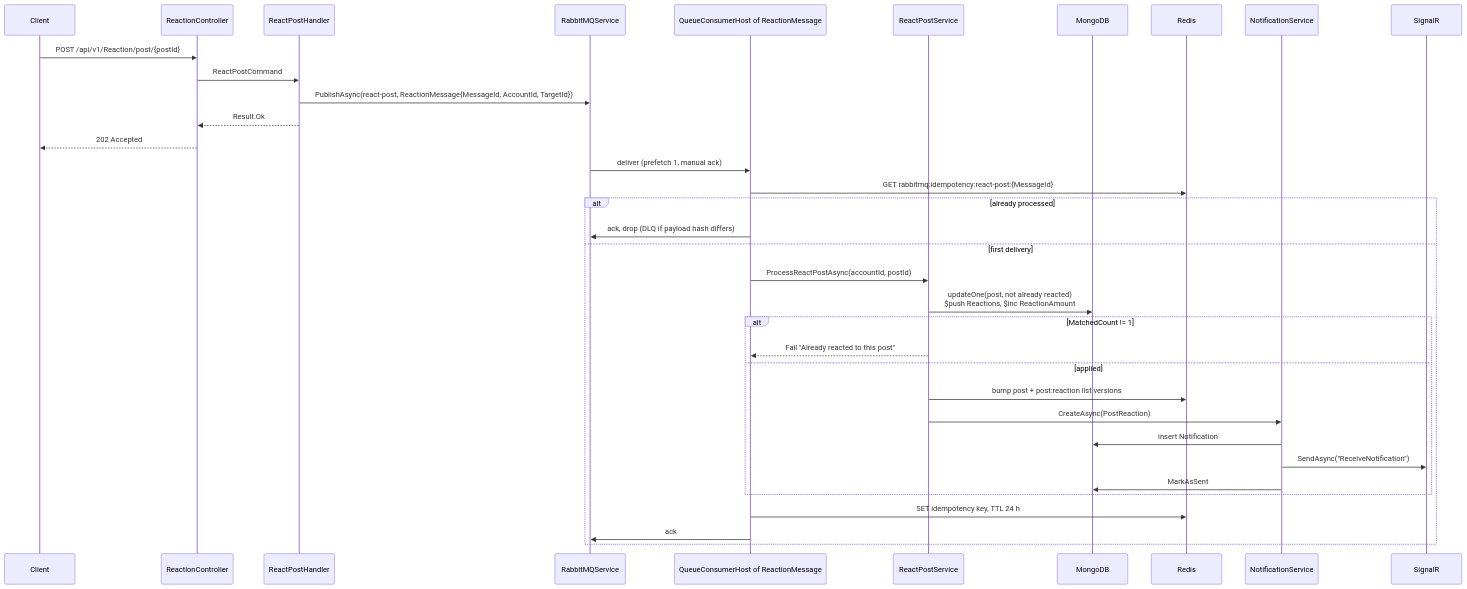
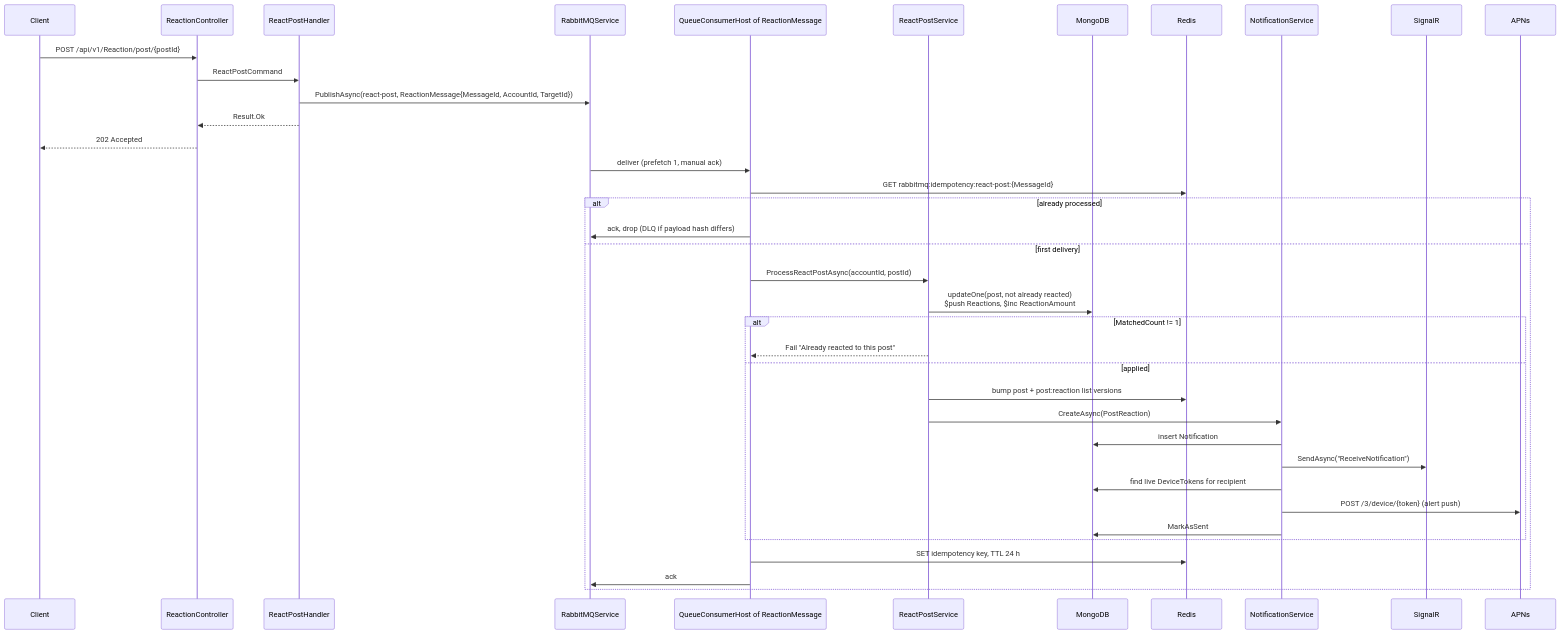
Before and after one commit to Datnguynx110605/Bump_Server: the third of 4 diagrams in doc/system-design.md, drawn with Mermaid. The commit also changed other lines of this file and 28 other files, not shown here.

````diff
--- a/doc/system-design.md
+++ b/doc/system-design.md
@@ -158,39 +160,42 @@
 ```mermaid
 sequenceDiagram
     participant C as Client
     participant Ctl as ReactionController
     participant H as ReactPostHandler
     participant Q as RabbitMQService
     participant Host as QueueConsumerHost of ReactionMessage
     participant S as ReactPostService
     participant M as MongoDB
     participant R as Redis
     participant N as NotificationService
     participant Hub as SignalR
+    participant A as APNs
 
     C->>Ctl: POST /api/v1/Reaction/post/{postId}
     Ctl->>H: ReactPostCommand
     H->>Q: PublishAsync(react-post, ReactionMessage{MessageId, AccountId, TargetId})
     H-->>Ctl: Result.Ok
     Ctl-->>C: 202 Accepted
 
     Q->>Host: deliver (prefetch 1, manual ack)
     Host->>R: GET rabbitmq:idempotency:react-post:{MessageId}
     alt already processed
         Host->>Q: ack, drop (DLQ if payload hash differs)
     else first delivery
         Host->>S: ProcessReactPostAsync(accountId, postId)
         S->>M: updateOne(post, not already reacted)<br/>$push Reactions, $inc ReactionAmount
         alt MatchedCount != 1
             S-->>Host: Fail "Already reacted to this post"
         else applied
             S->>R: bump post + post:reaction list versions
             S->>N: CreateAsync(PostReaction)
             N->>M: insert Notification
             N->>Hub: SendAsync("ReceiveNotification")
+            N->>M: find live DeviceTokens for recipient
+            N->>A: POST /3/device/{token} (alert push)
             N->>M: MarkAsSent
         end
         Host->>R: SET idempotency key, TTL 24 h
         Host->>Q: ack
     end
 ```
````
